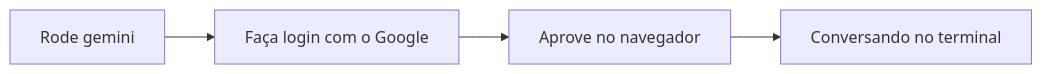
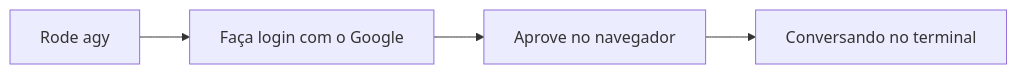
One commit to KakkoiDev/izumo-io changed the diagram in docs/pt/lessons/a02.md. Above: the diagram before and after it, drawn with Mermaid. The commit also changed other lines of this file and 39 other files, not shown here.

````diff
--- a/docs/pt/lessons/a02.md
+++ b/docs/pt/lessons/a02.md
@@ -51,6 +51,6 @@
 ```mermaid
 flowchart LR
-    A[Rode gemini] --> B[Faça login com o Google]
+    A[Rode agy] --> B[Faça login com o Google]
     B --> C[Aprove no navegador]
     C --> D[Conversando no terminal]
 ```
````
